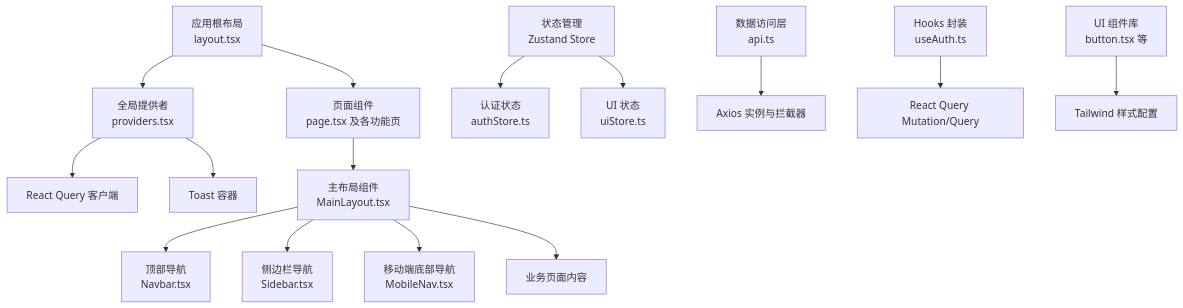
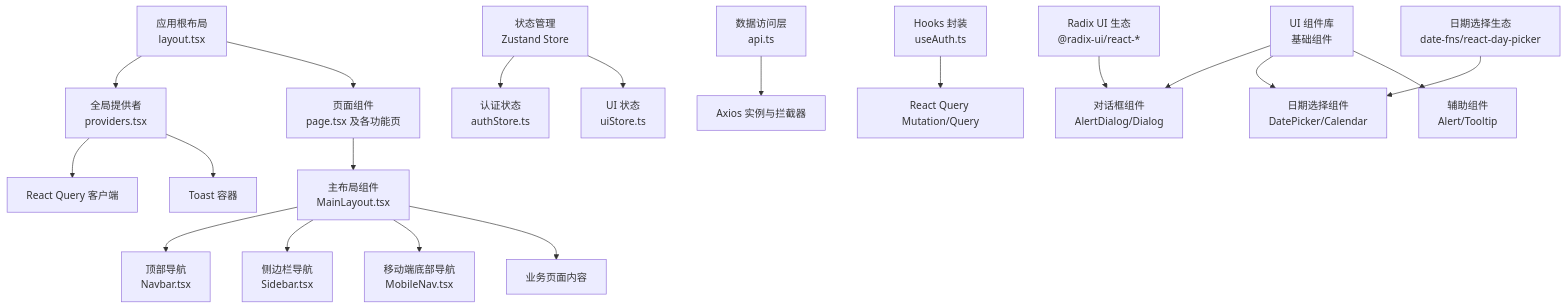
One commit to gujialind/InvestRing changed the first of 8 diagrams in .qoder/repowiki/zh/content/系统架构/前端架构.md. Above: the diagram before and after it, drawn with Mermaid. The commit also changed other lines of this file and 97 other files, not shown here.

````diff
--- a/.qoder/repowiki/zh/content/系统架构/前端架构.md
+++ b/.qoder/repowiki/zh/content/系统架构/前端架构.md
@@ -40,17 +56,21 @@
 ```mermaid
 graph TB
 A["应用根布局<br/>layout.tsx"] --> B["全局提供者<br/>providers.tsx"]
 B --> C["React Query 客户端"]
 B --> D["Toast 容器"]
 A --> E["页面组件<br/>page.tsx 及各功能页"]
 E --> F["主布局组件<br/>MainLayout.tsx"]
 F --> G["顶部导航<br/>Navbar.tsx"]
 F --> H["侧边栏导航<br/>Sidebar.tsx"]
 F --> I["移动端底部导航<br/>MobileNav.tsx"]
 F --> J["业务页面内容"]
 K["状态管理<br/>Zustand Store"] --> L["认证状态<br/>authStore.ts"]
 K --> M["UI 状态<br/>uiStore.ts"]
 N["数据访问层<br/>api.ts"] --> O["Axios 实例与拦截器"]
 P["Hooks 封装<br/>useAuth.ts"] --> Q["React Query Mutation/Query"]
-R["UI 组件库<br/>button.tsx 等"] --> S["Tailwind 样式配置"]
+R["UI 组件库<br/>基础组件"] --> S["对话框组件<br/>AlertDialog/Dialog"]
+R --> T["日期选择组件<br/>DatePicker/Calendar"]
+R --> U["辅助组件<br/>Alert/Tooltip"]
+V["Radix UI 生态<br/>@radix-ui/react-*"] --> S
+W["日期选择生态<br/>date-fns/react-day-picker"] --> T
 ```
````
